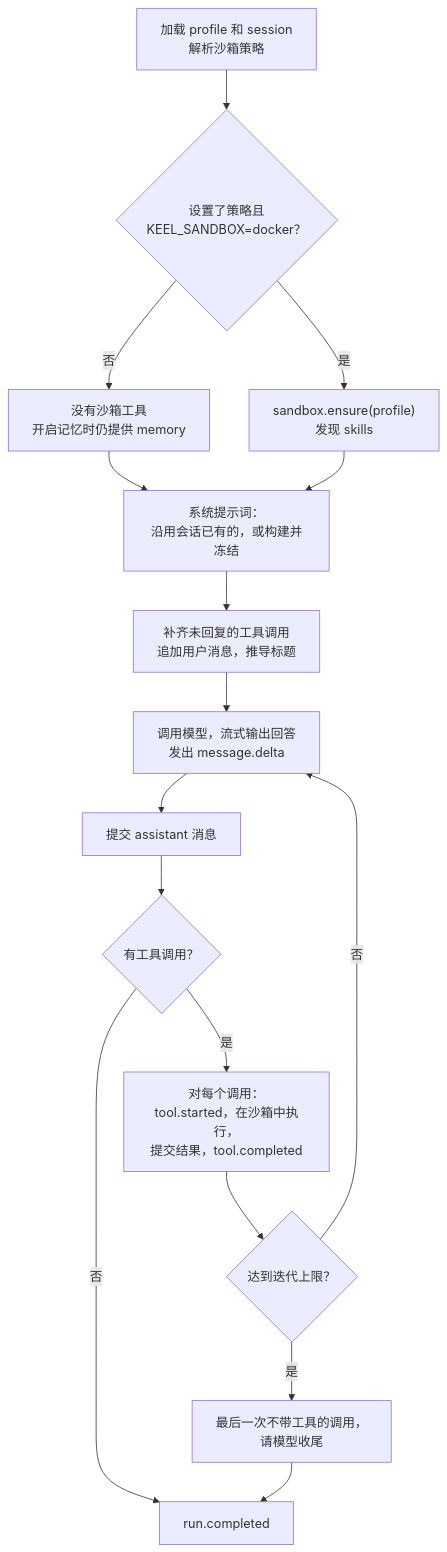
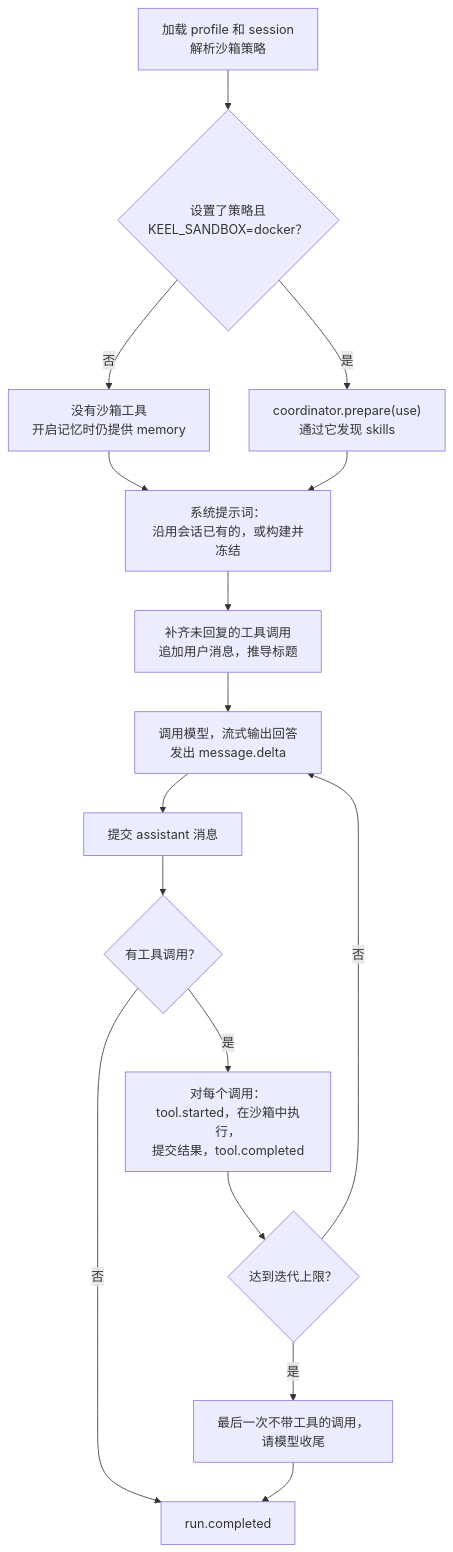
Before and after one commit to ryang420/agent-keel: the fifth of 9 diagrams in docs/architecture_zh.md, drawn with Mermaid. The commit also changed other lines of this file and 9 other files, not shown here.

````diff
--- a/docs/architecture_zh.md
+++ b/docs/architecture_zh.md
@@ -277,18 +278,18 @@
 ```mermaid
 flowchart TB
     A["加载 profile 和 session<br/>解析沙箱策略"] --> B{"设置了策略且<br/>KEEL_SANDBOX=docker？"}
     B -->|否| C["没有沙箱工具<br/>开启记忆时仍提供 memory"]
-    B -->|是| D["sandbox.ensure(profile)<br/>发现 skills"]
+    B -->|是| D["coordinator.prepare(use)<br/>通过它发现 skills"]
     C --> E
     D --> E["系统提示词：<br/>沿用会话已有的，或构建并冻结"]
     E --> F["补齐未回复的工具调用<br/>追加用户消息，推导标题"]
     F --> G["调用模型，流式输出回答<br/>发出 message.delta"]
     G --> H["提交 assistant 消息"]
     H --> I{"有工具调用？"}
     I -->|否| J["run.completed"]
     I -->|是| K["对每个调用：<br/>tool.started，在沙箱中执行，<br/>提交结果，tool.completed"]
     K --> L{"达到迭代上限？"}
     L -->|否| G
     L -->|是| M["最后一次不带工具的调用，<br/>请模型收尾"]
     M --> J
 ```
````
